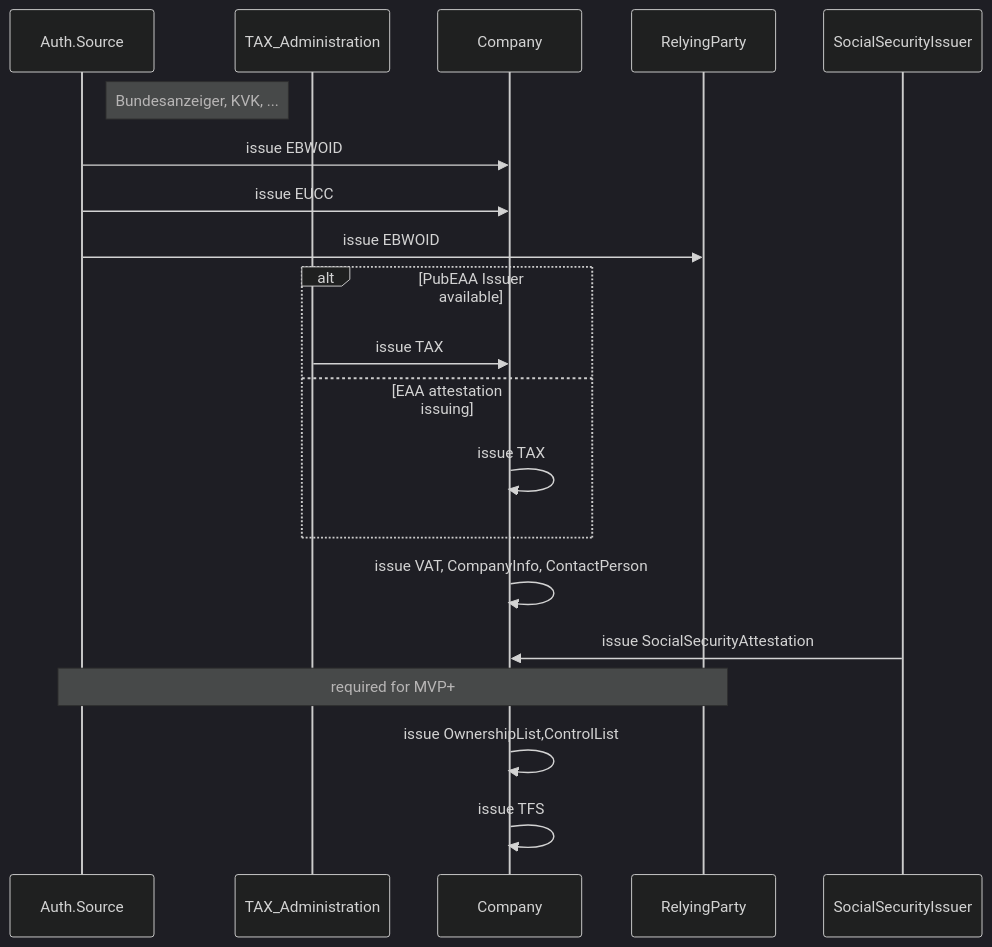
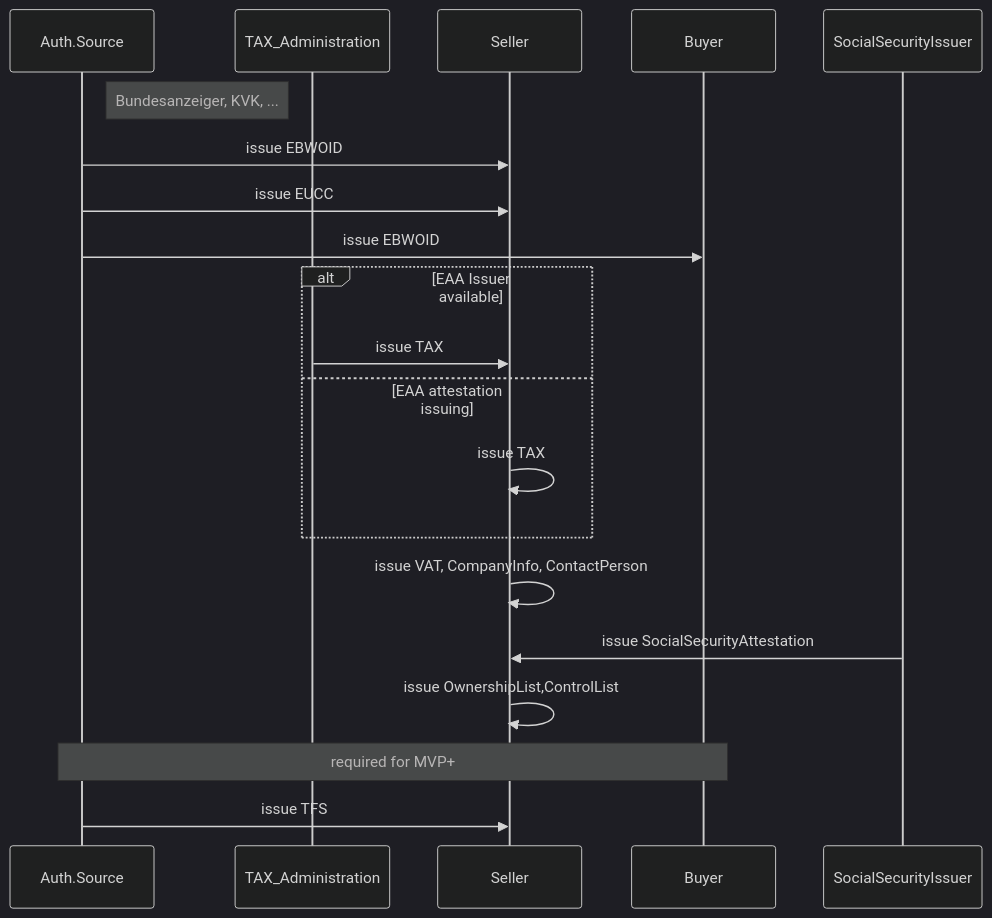
One commit to DominicHurni/wp3-technology-standards changed the first of 7 diagrams in BU1/BU1_KYC.md. Above: the diagram before and after it, drawn with Mermaid (dark theme). The commit also changed other lines of this file and 1 other file, not shown here.

````diff
--- a/BU1/BU1_KYC.md
+++ b/BU1/BU1_KYC.md
@@ -21,26 +20,26 @@
 ```mermaid
 sequenceDiagram
     participant Auth.Source 
     note right of Auth.Source : Bundesanzeiger, KVK, ...
     participant TAX_Administration 
-    participant Company
-    participant RelyingParty
+    participant Seller
+    participant Buyer
     participant SocialSecurityIssuer
 
-    Auth.Source ->> Company : issue EBWOID  
-    Auth.Source ->> Company : issue EUCC
-    Auth.Source ->> RelyingParty : issue EBWOID
+    Auth.Source ->> Seller : issue EBWOID  
+    Auth.Source ->> Seller : issue EUCC
+    Auth.Source ->> Buyer : issue EBWOID
     
-    alt PubEAA Issuer available
-        TAX_Administration ->> Company : issue TAX
+    alt EAA Issuer available
+        TAX_Administration ->> Seller : issue TAX
     else EAA attestation issuing
-        Company ->> Company: issue TAX
+        Seller ->> Seller: issue TAX
     end
     
-    Company ->> Company: issue VAT, CompanyInfo, ContactPerson
-    SocialSecurityIssuer->> Company: issue SocialSecurityAttestation 
-        
-    Note over Auth.Source ,RelyingParty: required for MVP+   
-    Company ->> Company: issue OwnershipList,ControlList
-    Company ->> Company: issue TFS 
+    Seller ->> Seller: issue VAT, CompanyInfo, ContactPerson
+    SocialSecurityIssuer->> Seller: issue SocialSecurityAttestation 
+    Seller ->> Seller: issue OwnershipList,ControlList
+            
+    Note over Auth.Source ,Buyer: required for MVP+   
+    Auth.Source ->> Seller: issue TFS
 ```
````
